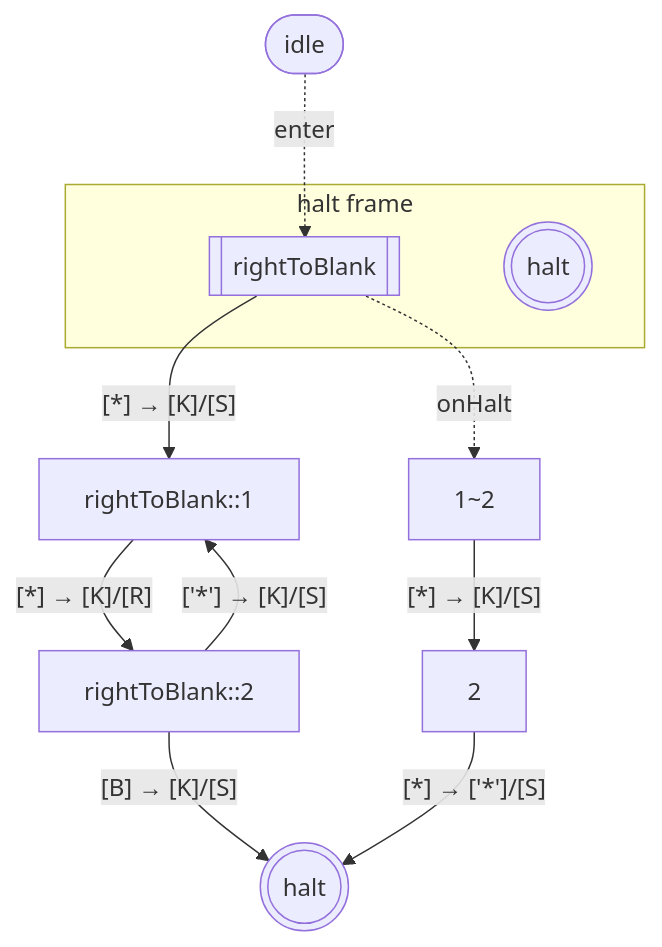
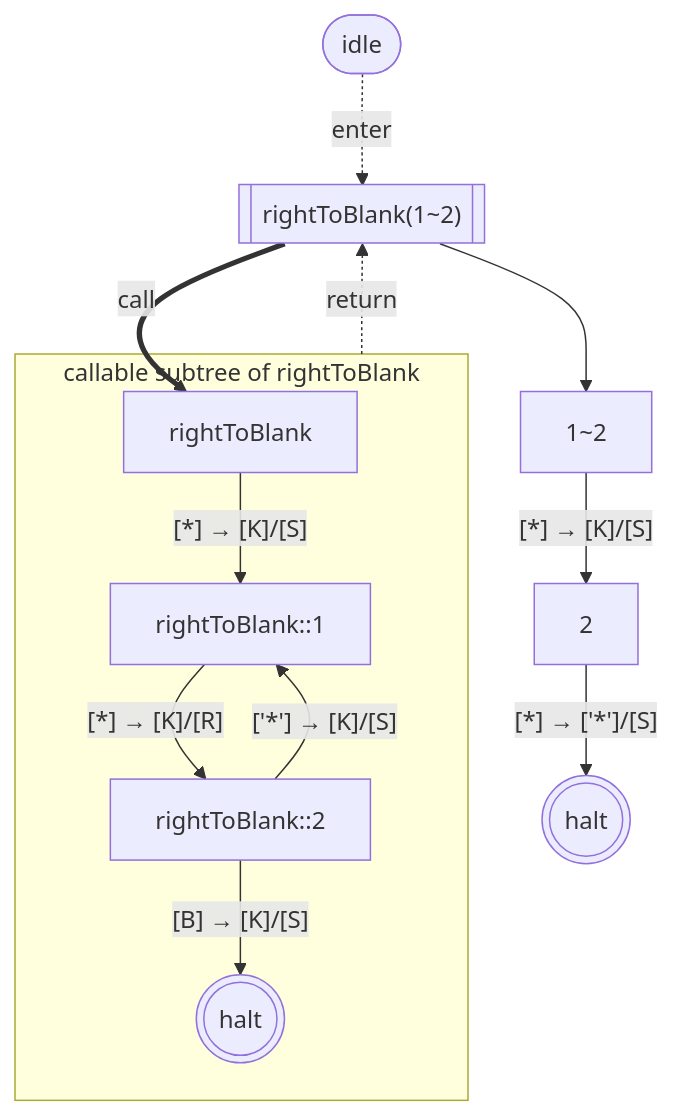
Before and after one commit to mellonis/post-machine-js: the second of 2 diagrams in packages/machine/README.md, drawn with Mermaid. The commit also changed other lines of this file and 6 other files, not shown here.

````diff
--- a/packages/machine/README.md
+++ b/packages/machine/README.md
@@ -237,22 +237,25 @@
 ```mermaid
 flowchart TD
 %% alphabets: [[" ","*"]]
   s0(((halt)))
-  s5["rightToBlank::1"]
-  s6["rightToBlank::2"]
-  s7["1~2"]
-  s9["2"]
+  s4["1~2"]
+  s6["2"]
+  s5[["rightToBlank(1~2)"]]
   idle([idle])
-  subgraph w_8["halt frame"]
-    s8[["rightToBlank"]]
-    c8(((halt)))
+  subgraph w_1["callable subtree of rightToBlank"]
+    s1["rightToBlank"]
+    s2["rightToBlank::1"]
+    s3["rightToBlank::2"]
+    c1(((halt)))
   end
-  idle -. enter .-> s8
-  s5 -- "[*] → [K]/[R]" --> s6
-  s6 -- "['*'] → [K]/[S]" --> s5
-  s6 -- "[B] → [K]/[S]" --> s0
-  s7 -- "[*] → [K]/[S]" --> s9
-  s8 -- "[*] → [K]/[S]" --> s5
-  s8 -. onHalt .-> s7
-  s9 -- "[*] → ['*']/[S]" --> s0
+  idle -. enter .-> s5
+  s5 == "call" ==> s1
+  w_1 -. "return" .-> s5
+  s5 --> s4
+  s1 -- "[*] → [K]/[S]" --> s2
+  s2 -- "[*] → [K]/[R]" --> s3
+  s3 -- "['*'] → [K]/[S]" --> s2
+  s3 -- "[B] → [K]/[S]" --> c1
+  s4 -- "[*] → [K]/[S]" --> s6
+  s6 -- "[*] → ['*']/[S]" --> s0
 ```
````
